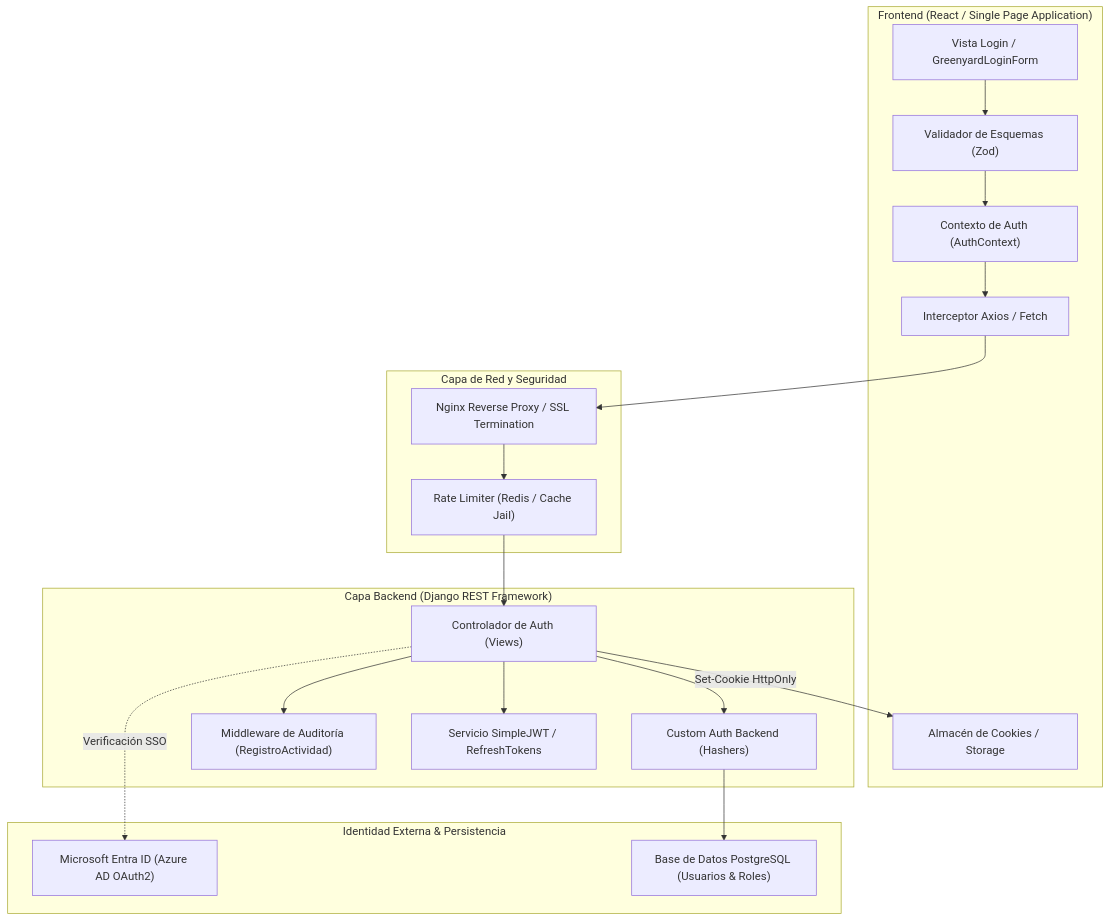
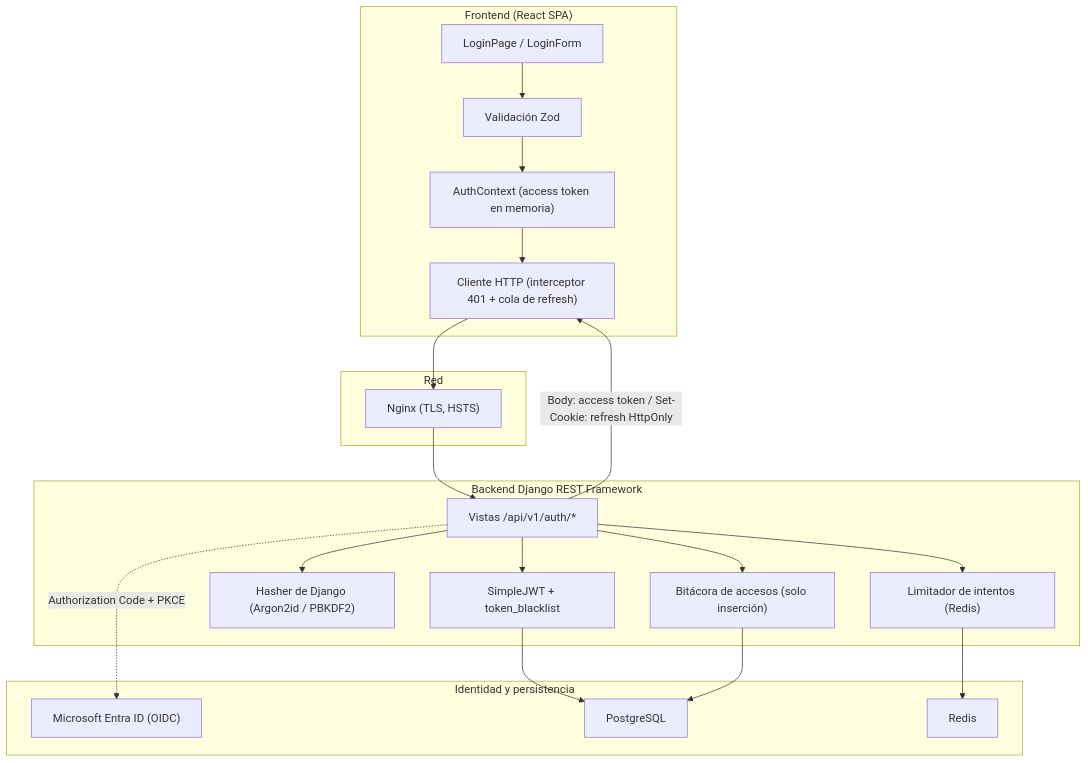
Before and after one commit to jnmontoy/sdd: the first of 4 diagrams in greenfield/pages/login/02_arquitectura_y_maquina_estados.md, drawn with Mermaid. The commit also changed other lines of this file and 152 other files, not shown here.

````diff
--- a/greenfield/pages/login/02_arquitectura_y_maquina_estados.md
+++ b/greenfield/pages/login/02_arquitectura_y_maquina_estados.md
@@ -10,40 +10,35 @@
 ```mermaid
 flowchart TD
-    subgraph CLIENTE["Frontend (React / Single Page Application)"]
-        UI["Vista Login / GreenyardLoginForm"]
-        ZOD["Validador de Esquemas (Zod)"]
-        CTX["Contexto de Auth (AuthContext)"]
-        INTER["Interceptor Axios / Fetch"]
-        COOKIE_STORE["Almacén de Cookies / Storage"]
+    subgraph CLIENTE["Frontend (React SPA)"]
+        UI["LoginPage / LoginForm"]
+        ZOD["Validación Zod"]
+        CTX["AuthContext (access token en memoria)"]
+        HTTP["Cliente HTTP (interceptor 401 + cola de refresh)"]
     end
 
-    subgraph GATEWAY["Capa de Red y Seguridad"]
-        NGINX["Nginx Reverse Proxy / SSL Termination"]
-        RATE["Rate Limiter (Redis / Cache Jail)"]
+    subgraph RED["Red"]
+        NGINX["Nginx (TLS, HSTS)"]
     end
 
-    subgraph BACKEND["Capa Backend (Django REST Framework)"]
-        AUTH_VIEW["Controlador de Auth (Views)"]
-        AUTH_BACKEND["Custom Auth Backend (Hashers)"]
-        AUDIT["Middleware de Auditoría (RegistroActividad)"]
-        JWT_SVC["Servicio SimpleJWT / RefreshTokens"]
+    subgraph BACKEND["Backend Django REST Framework"]
+        VIEWS["Vistas /api/v1/auth/*"]
+        RATE["Limitador de intentos (Redis)"]
+        HASH["Hasher de Django (Argon2id / PBKDF2)"]
+        JWT["SimpleJWT + token_blacklist"]
+        AUD["Bitácora de accesos (solo inserción)"]
     end
 
-    subgraph IDP["Identidad Externa & Persistencia"]
-        MS_AZURE["Microsoft Entra ID (Azure AD OAuth2)"]
-        PG_DB["Base de Datos PostgreSQL (Usuarios & Roles)"]
+    subgraph DATOS["Identidad y persistencia"]
+        ENTRA["Microsoft Entra ID (OIDC)"]
+        PG["PostgreSQL"]
+        REDIS["Redis"]
     end
 
-    UI --> ZOD
-    ZOD --> CTX
-    CTX --> INTER
-    INTER --> NGINX
-    NGINX --> RATE
-    RATE --> AUTH_VIEW
-    AUTH_VIEW --> AUTH_BACKEND
-    AUTH_VIEW --> AUDIT
-    AUTH_VIEW --> JWT_SVC
-    AUTH_VIEW -.->|Verificación SSO| MS_AZURE
-    AUTH_BACKEND --> PG_DB
-    AUTH_VIEW -->|Set-Cookie HttpOnly| COOKIE_STORE
+    UI --> ZOD --> CTX --> HTTP --> NGINX --> VIEWS
+    VIEWS --> RATE --> REDIS
+    VIEWS --> HASH
+    VIEWS --> JWT --> PG
+    VIEWS --> AUD --> PG
+    VIEWS -.->|Authorization Code + PKCE| ENTRA
+    VIEWS -->|"Body: access token / Set-Cookie: refresh HttpOnly"| HTTP
 ```
````
